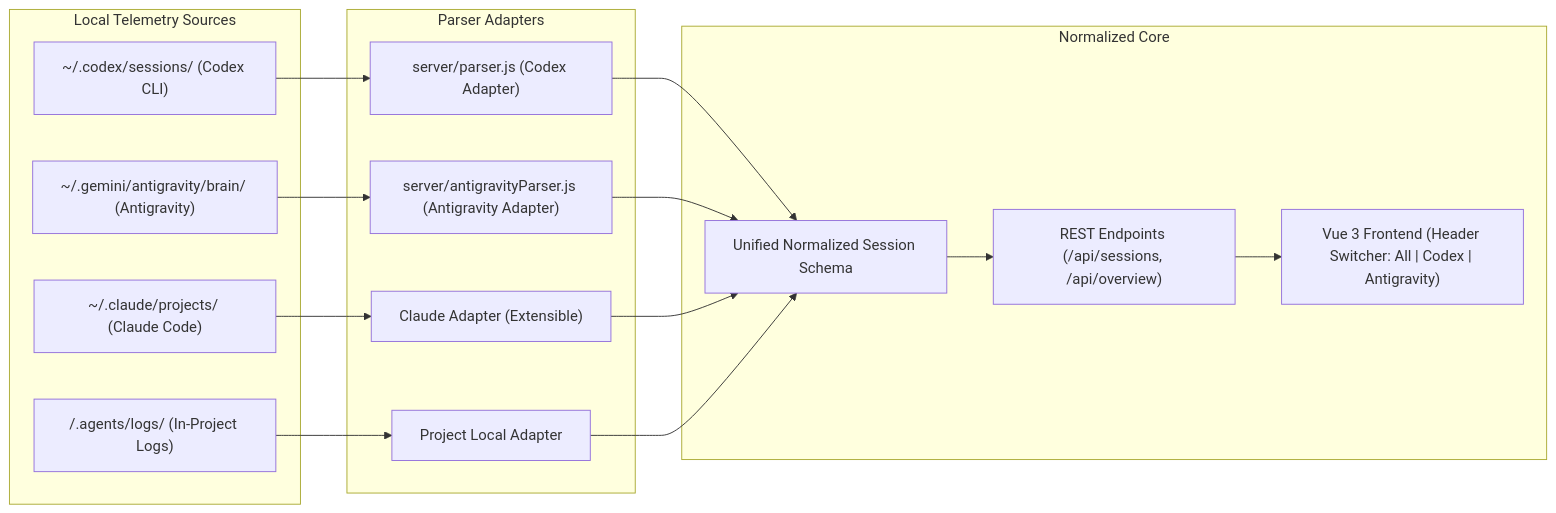
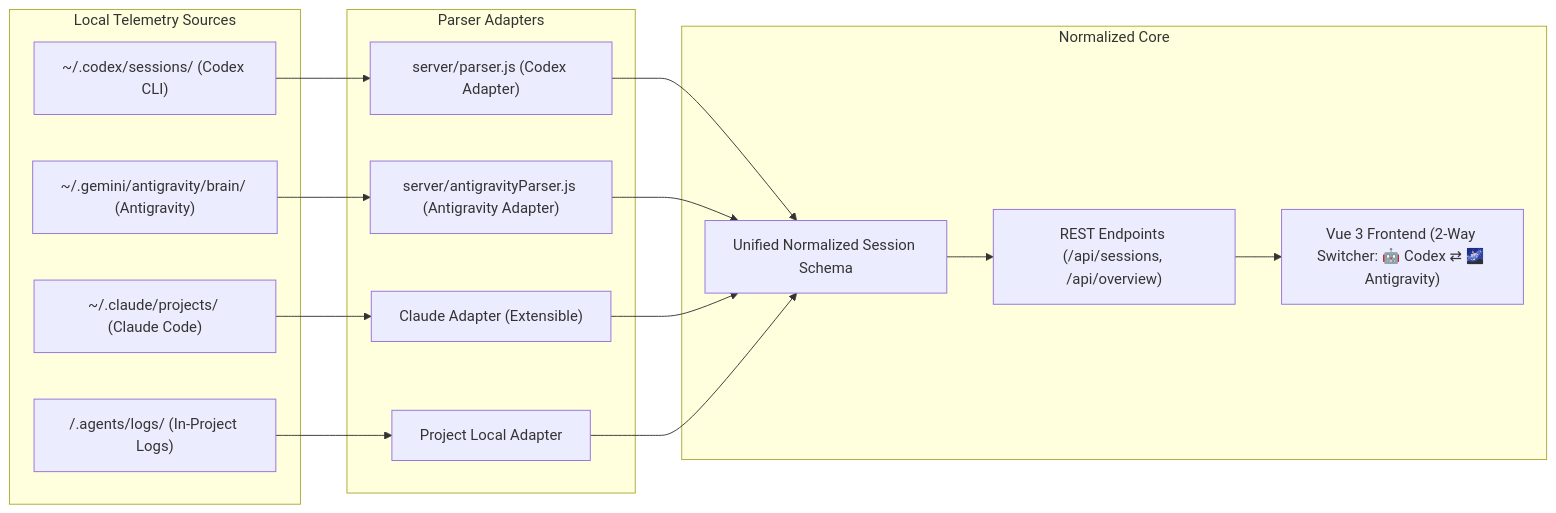
One commit to buttererror/agent-token-investigator changed the diagram in docs/architecture/multi-agent-system.md. Above: the diagram before and after it, drawn with Mermaid. The commit also changed other lines of this file and 1 other file, not shown here.

Commit message:
docs: document 2-way agent switcher in README and multi-agent system architecture

````diff
--- a/docs/architecture/multi-agent-system.md
+++ b/docs/architecture/multi-agent-system.md
@@ -9,28 +9,28 @@
 ```mermaid
 graph LR
     subgraph Local Telemetry Sources
         C["~/.codex/sessions/ (Codex CLI)"]
         A["~/.gemini/antigravity/brain/ (Antigravity)"]
         CL["~/.claude/projects/ (Claude Code)"]
         L["<workspace>/.agents/logs/ (In-Project Logs)"]
     end
 
     subgraph Parser Adapters
         CA["server/parser.js (Codex Adapter)"]
         AA["server/antigravityParser.js (Antigravity Adapter)"]
         CLA["Claude Adapter (Extensible)"]
         LA["Project Local Adapter"]
     end
 
     subgraph Normalized Core
         N["Unified Normalized Session Schema"]
         API["REST Endpoints (/api/sessions, /api/overview)"]
-        UI["Vue 3 Frontend (Header Switcher: All | Codex | Antigravity)"]
+        UI["Vue 3 Frontend (2-Way Switcher: 🤖 Codex ⇄ 🌌 Antigravity)"]
     end
 
     C --> CA --> N
     A --> AA --> N
     CL --> CLA --> N
     L --> LA --> N
     N --> API --> UI
 ```
````
